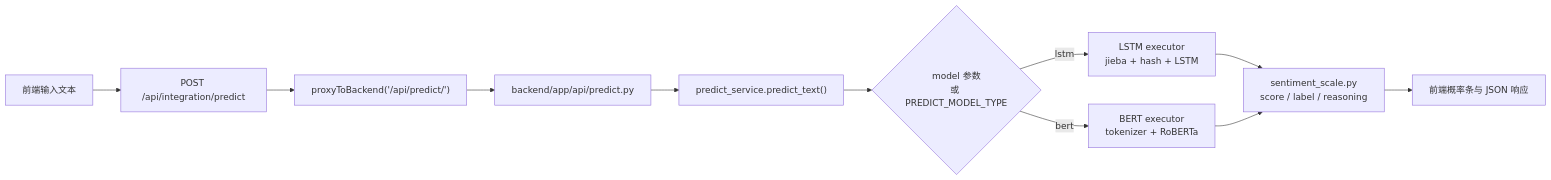
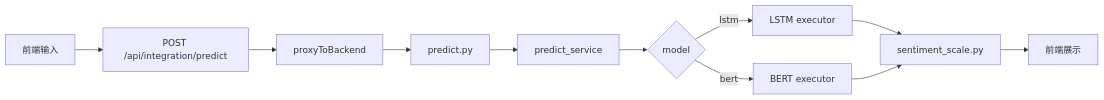
Before and after one commit to Cthaat/SentimentFlow: the second of 4 diagrams in slidev/slides.md, drawn with Mermaid. The commit also changed other lines of this file and 3 other files, not shown here.

````diff
--- a/slidev/slides.md
+++ b/slidev/slides.md
@@ -283,13 +553,13 @@
 ```mermaid
 flowchart LR
-  A[前端输入文本] --> B["POST /api/integration/predict"]
-  B --> C["proxyToBackend('/api/predict/')"]
-  C --> D["backend/app/api/predict.py"]
-  D --> E["predict_service.predict_text()"]
-  E --> F{model 参数<br/>或 PREDICT_MODEL_TYPE}
-  F -->|lstm| G["LSTM executor<br/>jieba + hash + LSTM"]
-  F -->|bert| H["BERT executor<br/>tokenizer + RoBERTa"]
-  G --> I["sentiment_scale.py<br/>score / label / reasoning"]
+  A[前端输入] --> B["POST /api/integration/predict"]
+  B --> C["proxyToBackend"]
+  C --> D["predict.py"]
+  D --> E["predict_service"]
+  E --> F{model}
+  F -->|lstm| G["LSTM executor"]
+  F -->|bert| H["BERT executor"]
+  G --> I["sentiment_scale.py"]
   H --> I
-  I --> J[前端概率条与 JSON 响应]
+  I --> J[前端展示]
 ```
````
